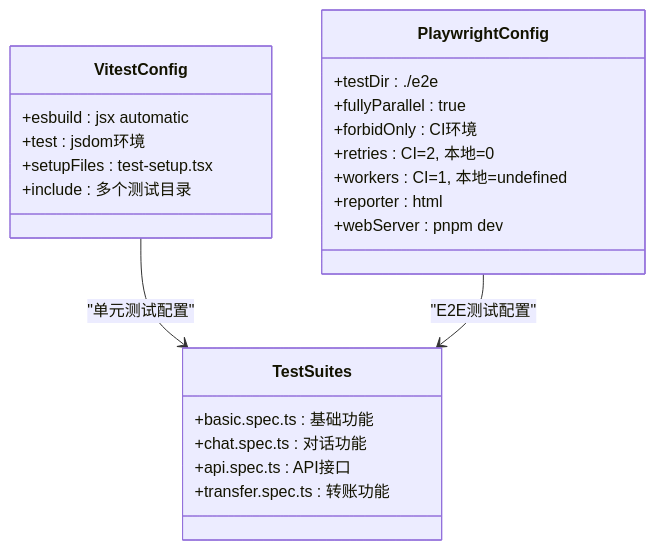
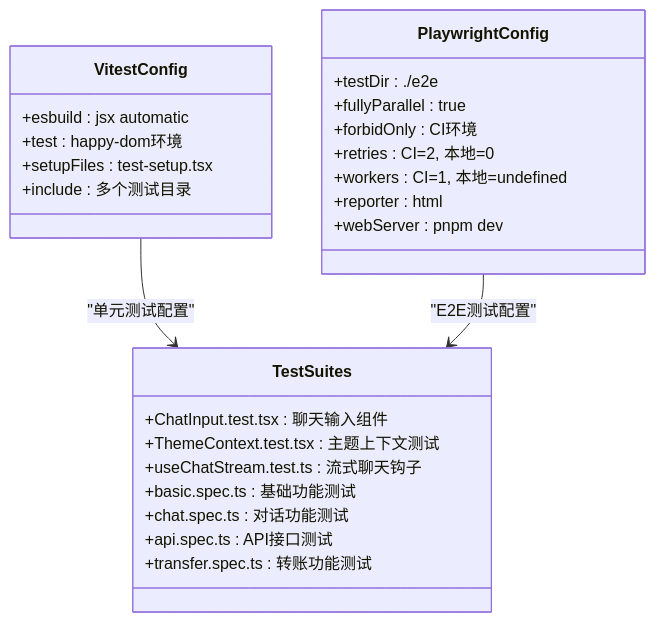
The tenth of 16 diagrams in .qoder/repowiki/zh/content/项目概述/部署指南/CI_CD自动化部署.md (CryptoLinxu/Web3-AI-Agent), drawn with Mermaid before and after one commit. The commit also changed other lines of this file and 5 other files, not shown here.

````diff
--- a/.qoder/repowiki/zh/content/项目概述/部署指南/CI_CD自动化部署.md
+++ b/.qoder/repowiki/zh/content/项目概述/部署指南/CI_CD自动化部署.md
@@ -340,26 +345,29 @@
 ```mermaid
 classDiagram
 class VitestConfig {
 +esbuild : jsx automatic
-+test : jsdom环境
++test : happy-dom环境
 +setupFiles : test-setup.tsx
 +include : 多个测试目录
 }
 class PlaywrightConfig {
 +testDir : ./e2e
 +fullyParallel : true
 +forbidOnly : CI环境
 +retries : CI=2, 本地=0
 +workers : CI=1, 本地=undefined
 +reporter : html
 +webServer : pnpm dev
 }
 class TestSuites {
-+basic.spec.ts : 基础功能
-+chat.spec.ts : 对话功能
-+api.spec.ts : API接口
-+transfer.spec.ts : 转账功能
++ChatInput.test.tsx : 聊天输入组件
++ThemeContext.test.tsx : 主题上下文测试
++useChatStream.test.ts : 流式聊天钩子
++basic.spec.ts : 基础功能测试
++chat.spec.ts : 对话功能测试
++api.spec.ts : API接口测试
++transfer.spec.ts : 转账功能测试
 }
 VitestConfig --> TestSuites : "单元测试配置"
 PlaywrightConfig --> TestSuites : "E2E测试配置"
 ```
````
